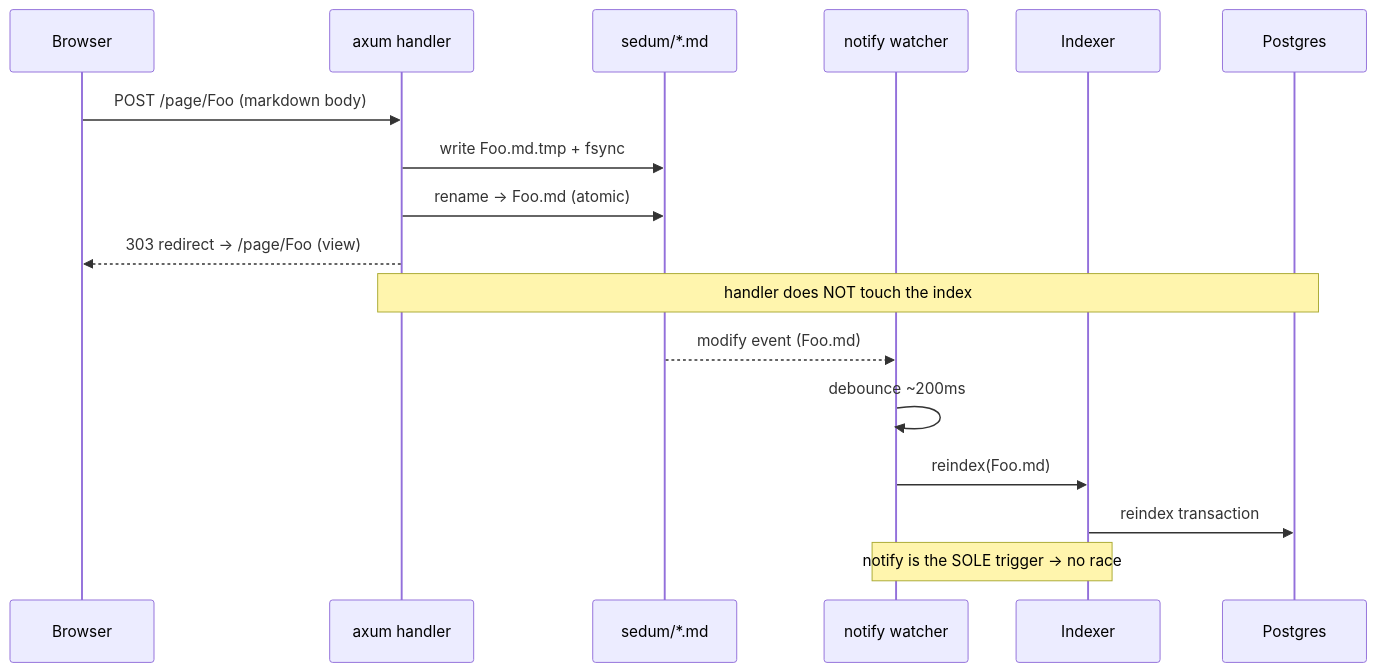
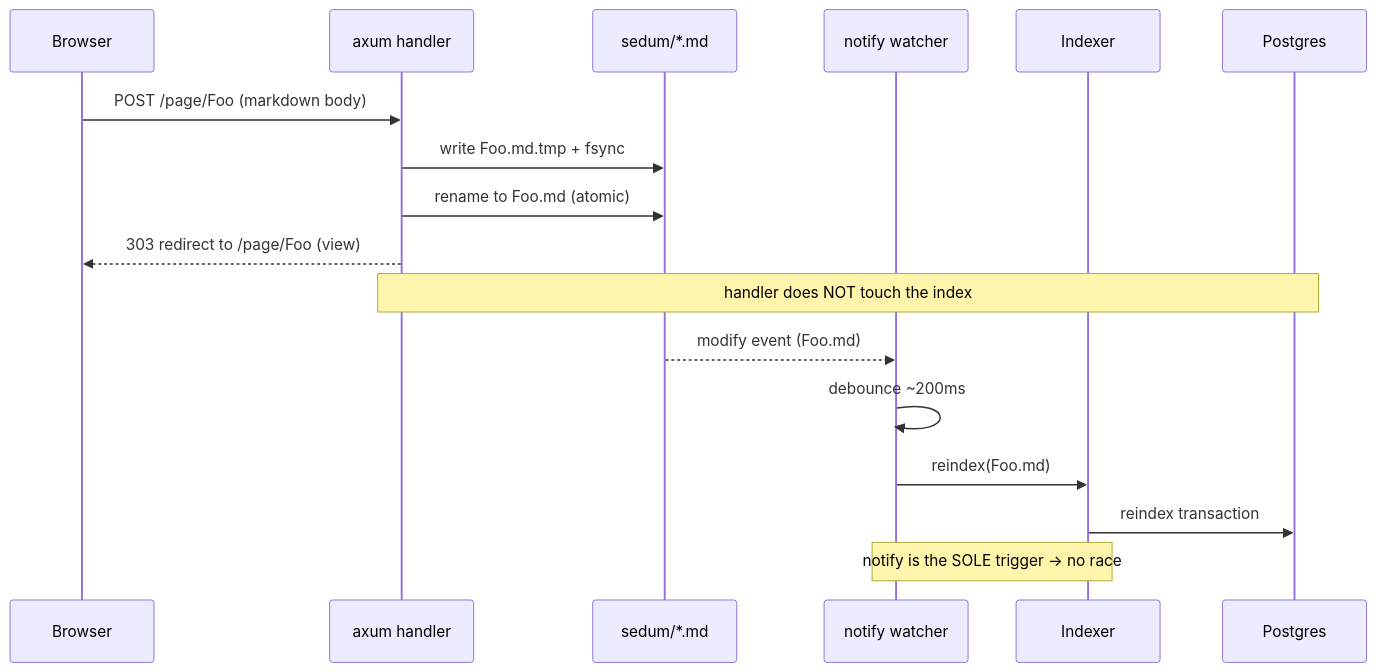
The third of 7 diagrams in docs/dataflow.md (azusachino/sedum), drawn with Mermaid before and after one commit. The commit also changed other lines of this file and 2 other files, not shown here.

Commit message:
docs: fix mermaid sequence diagram parse errors and unicode arrows

````diff
--- a/docs/dataflow.md
+++ b/docs/dataflow.md
@@ -59,20 +59,20 @@
 ```mermaid
 sequenceDiagram
   participant B as Browser
   participant H as axum handler
   participant FS as sedum/*.md
   participant W as notify watcher
   participant I as Indexer
   participant PG as Postgres
 
   B->>H: POST /page/Foo (markdown body)
   H->>FS: write Foo.md.tmp + fsync
-  H->>FS: rename → Foo.md (atomic)
-  H-->>B: 303 redirect → /page/Foo (view)
+  H->>FS: rename to Foo.md (atomic)
+  H-->>B: 303 redirect to /page/Foo (view)
   Note over H,PG: handler does NOT touch the index
   FS-->>W: modify event (Foo.md)
   W->>W: debounce ~200ms
   W->>I: reindex(Foo.md)
   I->>PG: reindex transaction
-  Note over W,I: notify is the SOLE trigger → no race
+  Note over W,I: notify is the SOLE trigger -> no race
 ```
````
